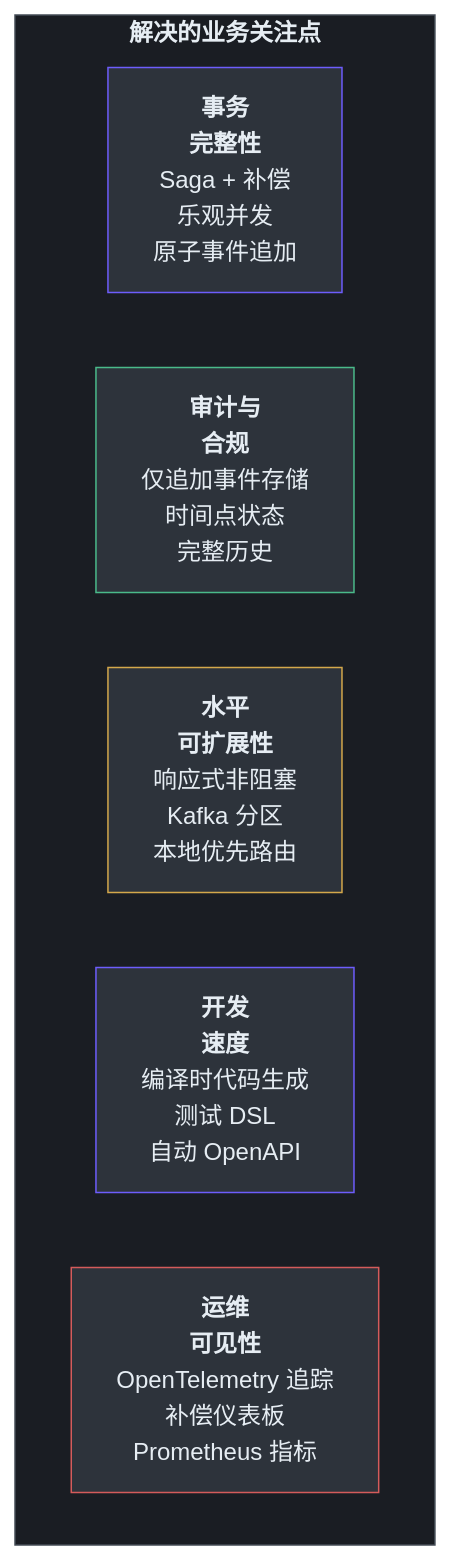
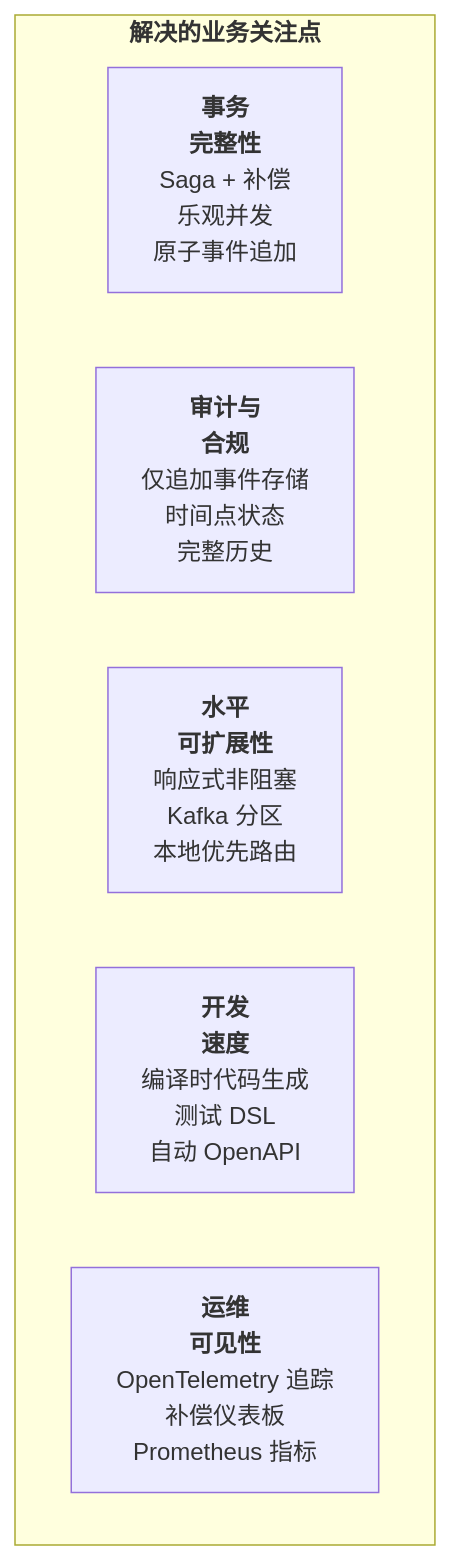
One commit to Ahoo-Wang/Wow changed the second of 7 diagrams in documentation/docs/zh/onboarding/executive-guide.md. Above: the diagram before and after it, drawn with Mermaid. The commit also changed other lines of this file and 32 other files, not shown here.

Commit message:
docs: remove unsupported style/classDef directives from stateDiagram-v2 Mermaid blocks

````diff
--- a/documentation/docs/zh/onboarding/executive-guide.md
+++ b/documentation/docs/zh/onboarding/executive-guide.md
@@ -123,17 +110,11 @@
 ```mermaid
 graph TB
     subgraph CONCERN["<b>解决的业务关注点</b>"]
         TXN["<b>事务<br>完整性</b><br>Saga + 补偿<br>乐观并发<br>原子事件追加"]
         AUDIT["<b>审计与<br>合规</b><br>仅追加事件存储<br>时间点状态<br>完整历史"]
         SCALE["<b>水平<br>可扩展性</b><br>响应式非阻塞<br>Kafka 分区<br>本地优先路由"]
         SPEED["<b>开发<br>速度</b><br>编译时代码生成<br>测试 DSL<br>自动 OpenAPI"]
         OBS["<b>运维<br>可见性</b><br>OpenTelemetry 追踪<br>补偿仪表板<br>Prometheus 指标"]
     end
 
-    style CONCERN fill:#1a1d23,stroke:#444c56,color:#e6edf3
-    style TXN fill:#2d333b,stroke:#6d5dfc,color:#e6edf3
-    style AUDIT fill:#2d333b,stroke:#4aba8a,color:#e6edf3
-    style SCALE fill:#2d333b,stroke:#d4a84b,color:#e6edf3
-    style SPEED fill:#2d333b,stroke:#6d5dfc,color:#e6edf3
-    style OBS fill:#2d333b,stroke:#d45b5b,color:#e6edf3
 ```
````
